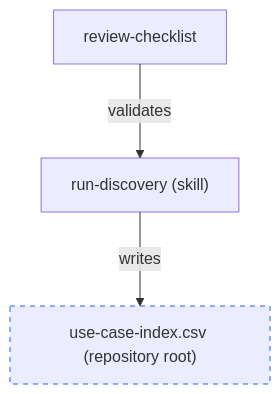
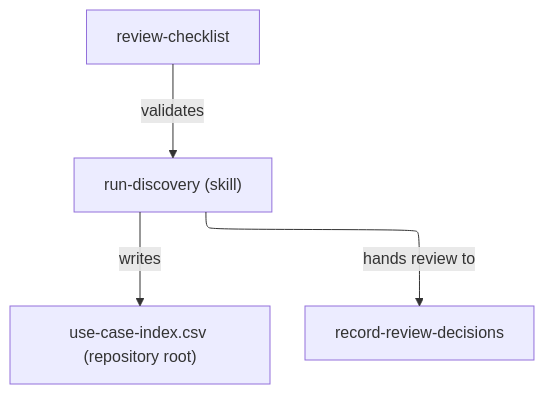
The diagram in discovery-orchestrator/README.md (vrparthasarathy/migration-job-discovery), drawn with Mermaid before and after one commit. The commit also changed other lines of this file and 18 other files, not shown here.

Commit message:
Build Review Decisions and Orchestrator Hand-Over.

````diff
--- a/discovery-orchestrator/README.md
+++ b/discovery-orchestrator/README.md
@@ -86,14 +30,15 @@
 ```mermaid
 ---
 config:
   layout: elk
 ---
 %%{init: {"securityLevel": "loose"}}%%
 flowchart TB
   chk["review-checklist"]
   skill["run-discovery (skill)"]
-  idx["use-case-index.csv (repository root)"]:::planned
+  idx["use-case-index.csv (repository root)"]
+  rd["record-review-decisions"]
   chk -->|"validates"| skill
   skill -->|"writes"| idx
-  classDef planned stroke-dasharray: 5 5,stroke:#2563eb
+  skill -->|"hands review to"| rd
 ```
````
